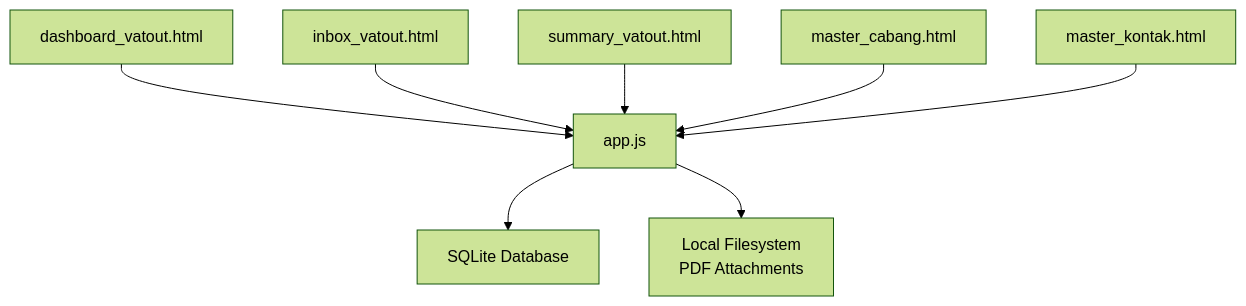
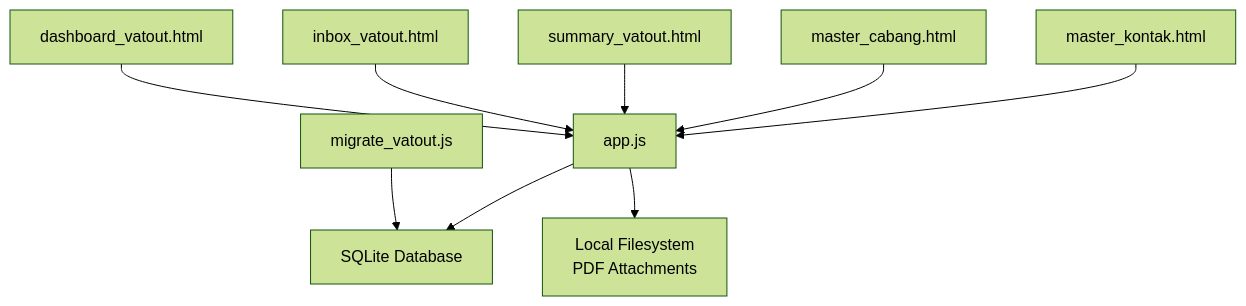
One commit to rendisiagian/TDS_by_RENDISIAGIAN changed the second of 9 diagrams in .qoder/repowiki/en/content/VAT Management System/VAT Output (VAT OUT).md. Above: the diagram before and after it, drawn with Mermaid (forest theme). The commit also changed other lines of this file and 96 other files, not shown here.

````diff
--- a/.qoder/repowiki/en/content/VAT Management System/VAT Output (VAT OUT).md
+++ b/.qoder/repowiki/en/content/VAT Management System/VAT Output (VAT OUT).md
@@ -86,18 +105,20 @@
 ```mermaid
 graph TB
 UI_Dashboard["dashboard_vatout.html"]
 UI_Inbox["inbox_vatout.html"]
 UI_Summary["summary_vatout.html"]
 BE_App["app.js"]
 DB_SQLite["SQLite Database"]
 FS_Attachments["Local Filesystem<br/>PDF Attachments"]
 Master_Cabang["master_cabang.html"]
 Master_Kontak["master_kontak.html"]
+Migration_Tool["migrate_vatout.js"]
 UI_Dashboard --> BE_App
 UI_Inbox --> BE_App
 UI_Summary --> BE_App
+Migration_Tool --> DB_SQLite
 BE_App --> DB_SQLite
 BE_App --> FS_Attachments
 Master_Cabang --> BE_App
 Master_Kontak --> BE_App
 ```
````
